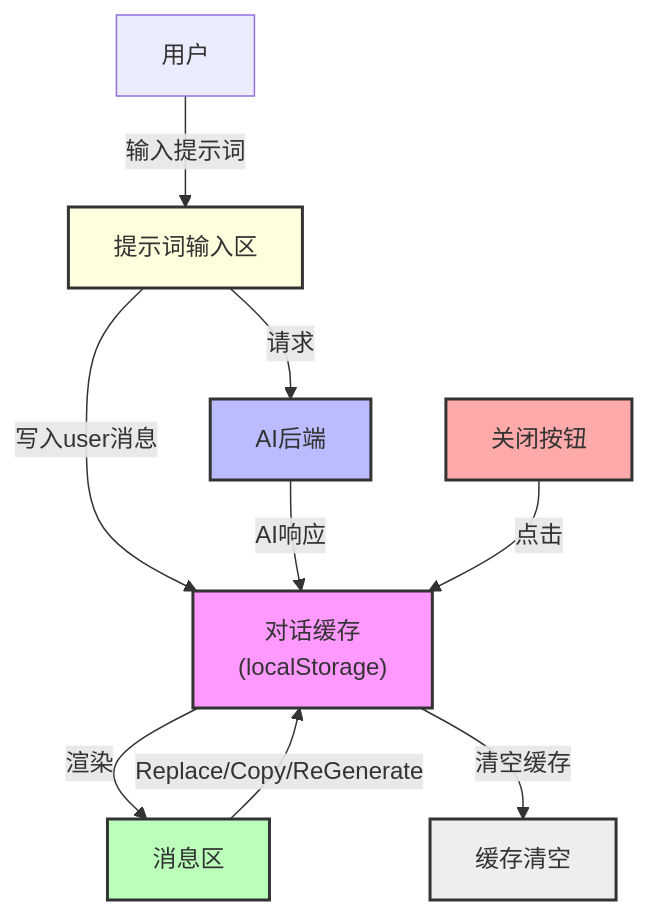
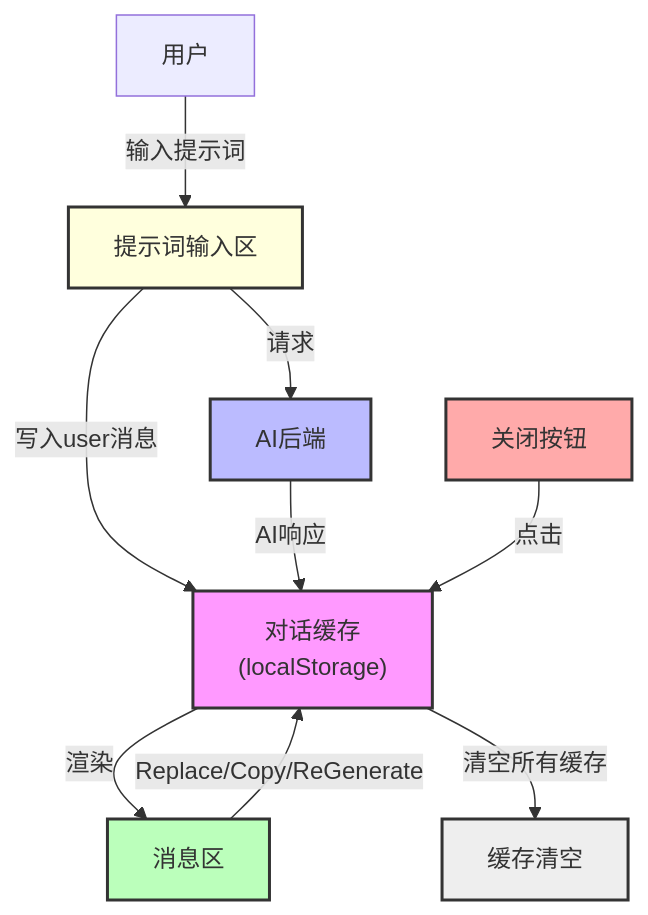
The fourth of 5 diagrams in docs/ai-edit.md (PowerZCY/newspaper_template), drawn with Mermaid before and after one commit. The commit also changed other lines of this file and 1 other file, not shown here.

````diff
--- a/docs/ai-edit.md
+++ b/docs/ai-edit.md
@@ -386,17 +388,17 @@
 ```mermaid
 graph TD
   U["用户"] -->|输入提示词| T["提示词输入区"]
   T -->|写入user消息| C["对话缓存<br/>(localStorage)"]
   T -->|请求| A["AI后端"]
   A -->|AI响应| C
   C -->|渲染| M["消息区"]
   M -->|Replace/Copy/ReGenerate| C
   X["关闭按钮"] -->|点击| C
-  C -->|清空缓存| E["缓存清空"]
+  C -->|清空所有缓存| E["缓存清空"]
   style C fill:#f9f,stroke:#333,stroke-width:2;
   style A fill:#bbf,stroke:#333,stroke-width:2;
   style T fill:#ffd,stroke:#333,stroke-width:2;
   style M fill:#bfb,stroke:#333,stroke-width:2;
   style X fill:#faa,stroke:#333,stroke-width:2;
   style E fill:#eee,stroke:#333,stroke-width:2;
 ```
````
